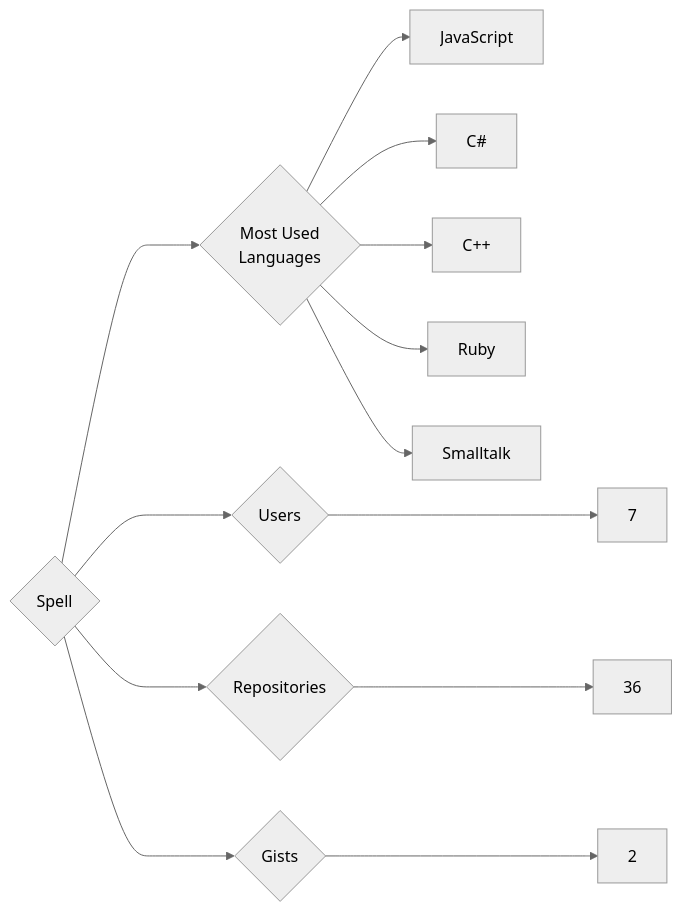
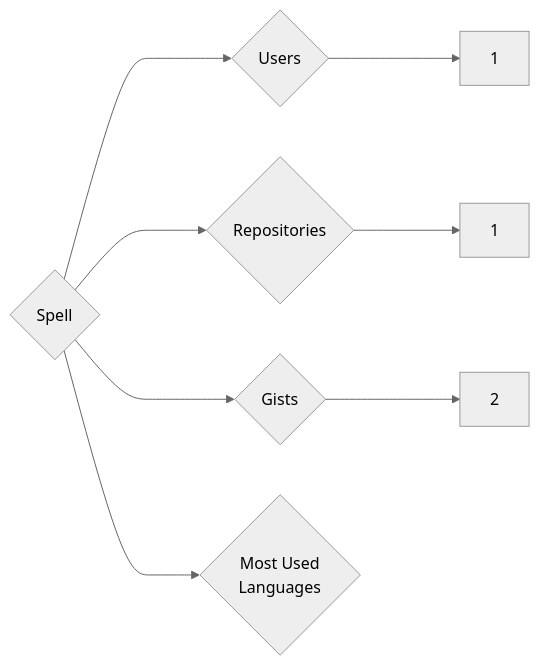
One commit to trickest/insiders changed the diagram in targets/Spell/README.md. Above: the diagram before and after it, drawn with Mermaid (neutral theme). The commit also changed 787 other files, not shown here.

````diff
--- a/targets/Spell/README.md
+++ b/targets/Spell/README.md
@@ -3,13 +3,8 @@
 ```mermaid
 graph LR
 COMPANY_NAME{Spell}
-COMPANY_NAME ---> U{Users} ---> UN[7]
-COMPANY_NAME ---> R{Repositories} ---> RN[36]
+COMPANY_NAME ---> U{Users} ---> UN[1]
+COMPANY_NAME ---> R{Repositories} ---> RN[1]
 COMPANY_NAME ---> G{Gists} ---> GN[2]
 COMPANY_NAME ---> ML{Most Used<br>Languages}
-ML --> JavaScript[JavaScript]
-ML --> C#[C#]
-ML --> C++[C++]
-ML --> Ruby[Ruby]
-ML --> Smalltalk[Smalltalk]
 ```
````
